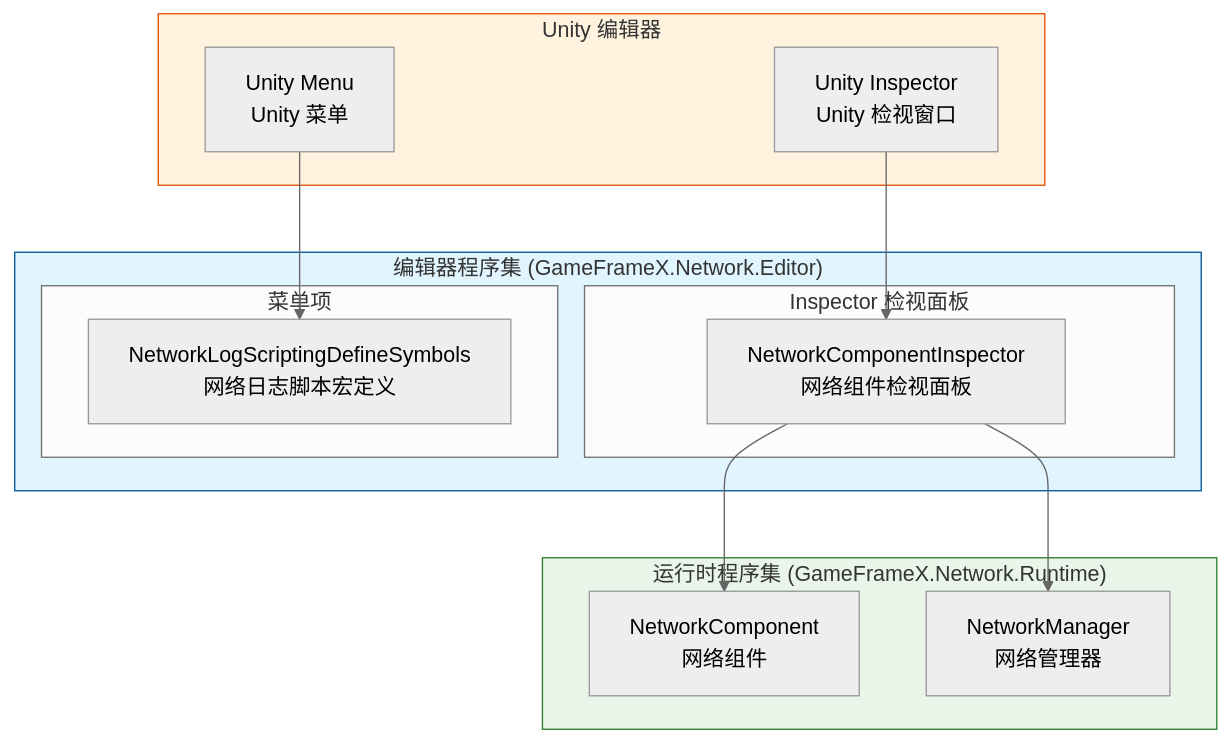
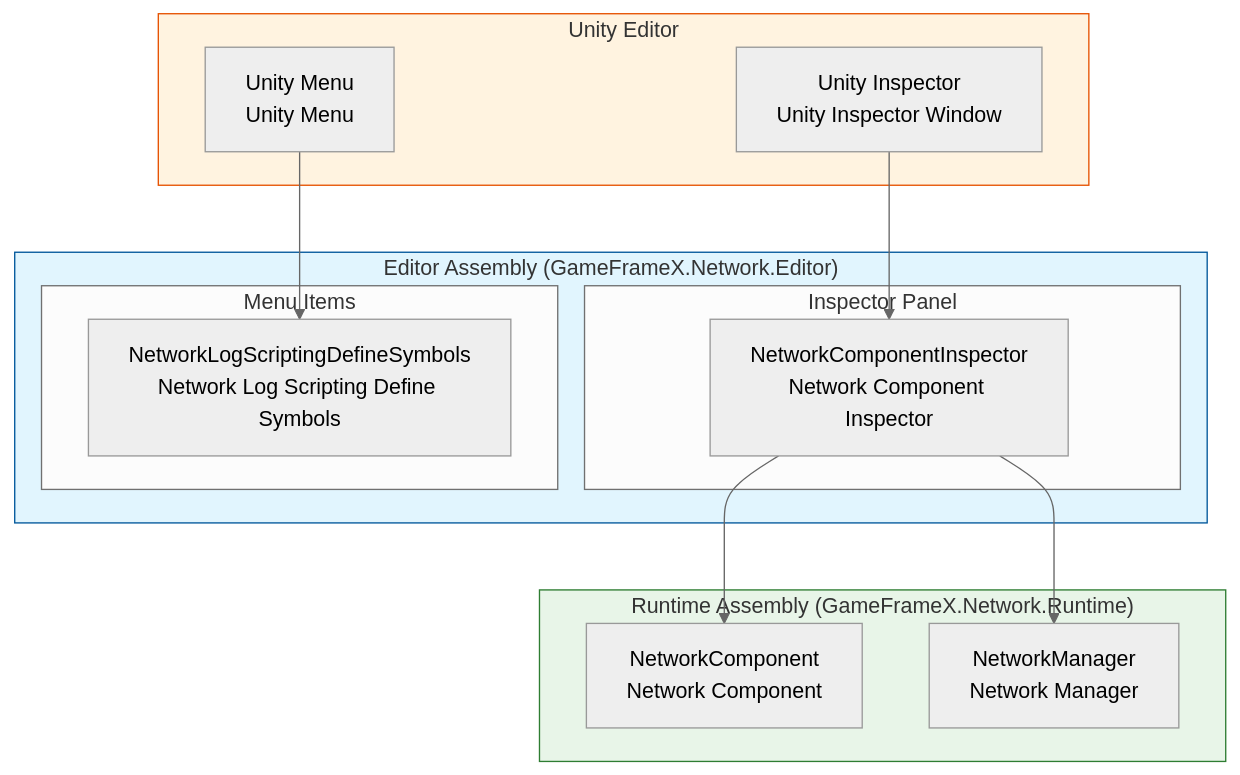
The first of 3 diagrams in docs/en/client/unity/component/network/12.editor-configuration.md (AlianBlank/GameFrameX.Docs), drawn with Mermaid (neutral theme) before and after one commit. The commit also changed other lines of this file and 242 other files, not shown here.

First line of the commit message:
docs(en/unity/component): 补全组件目录文档

````diff
--- a/docs/en/client/unity/component/network/12.editor-configuration.md
+++ b/docs/en/client/unity/component/network/12.editor-configuration.md
@@ -18,31 +18,31 @@
 ```mermaid
 graph TD
-    subgraph Editor["编辑器程序集 (GameFrameX.Network.Editor)"]
-        subgraph Inspector["Inspector 检视面板"]
-            NCI[NetworkComponentInspector<br/>网络组件检视面板]
+    subgraph Editor["Editor Assembly (GameFrameX.Network.Editor)"]
+        subgraph Inspector["Inspector Panel"]
+            NCI[NetworkComponentInspector<br/>Network Component Inspector]
         end
-        
-        subgraph Menu["菜单项"]
-            NLSDS[NetworkLogScriptingDefineSymbols<br/>网络日志脚本宏定义]
+
+        subgraph Menu["Menu Items"]
+            NLSDS[NetworkLogScriptingDefineSymbols<br/>Network Log Scripting Define Symbols]
         end
     end
-    
-    subgraph Runtime["运行时程序集 (GameFrameX.Network.Runtime)"]
-        NC[NetworkComponent<br/>网络组件]
-        NM[NetworkManager<br/>网络管理器]
+
+    subgraph Runtime["Runtime Assembly (GameFrameX.Network.Runtime)"]
+        NC[NetworkComponent<br/>Network Component]
+        NM[NetworkManager<br/>Network Manager]
     end
-    
-    subgraph Unity["Unity 编辑器"]
-        UE[Unity Inspector<br/>Unity 检视窗口]
-        UM[Unity Menu<br/>Unity 菜单]
+
+    subgraph Unity["Unity Editor"]
+        UE[Unity Inspector<br/>Unity Inspector Window]
+        UM[Unity Menu<br/>Unity Menu]
     end
-    
+
     UE --> NCI
     NCI --> NC
     NCI --> NM
     UM --> NLSDS
-    
+
     style Editor fill:#e1f5fe,stroke:#01579b
     style Runtime fill:#e8f5e8,stroke:#2e7d32
     style Unity fill:#fff3e0,stroke:#e65100
 ```
````
